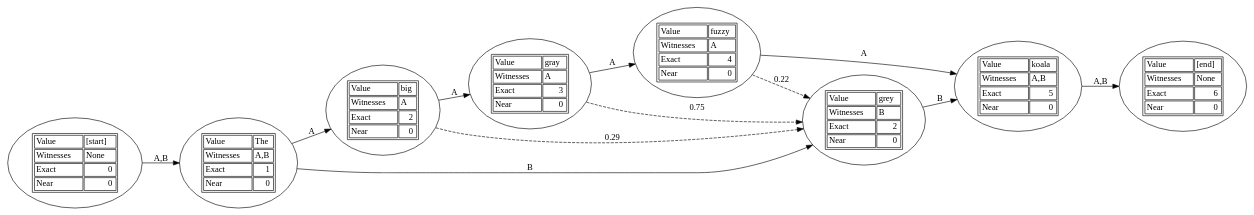
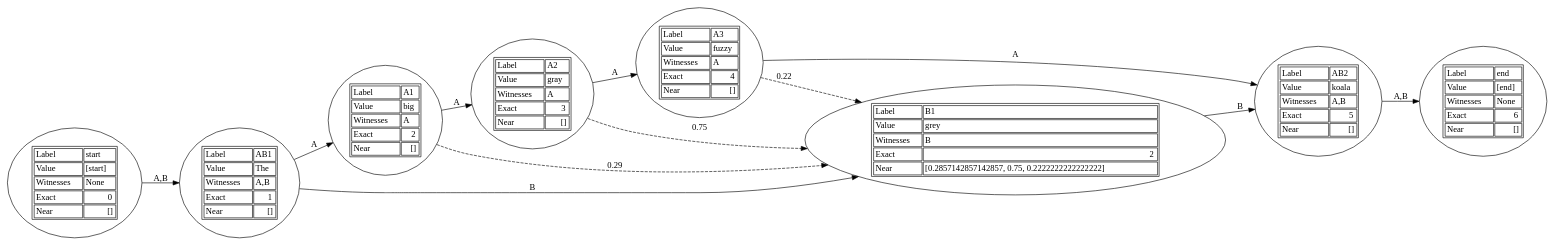
The diagram in near_matching/Digraph.gv (djbpitt/pystuff), drawn with Graphviz before and after one commit. The commit also changed 2 other files, not shown here.

Commit message:
Closing in on calculating near-match adjusted ranking

```diff
--- a/near_matching/Digraph.gv
+++ b/near_matching/Digraph.gv
@@ -1,22 +1,22 @@
 digraph {
 	graph [rankdir=LR]
-		1 [label=<<TABLE><TR><TD ALIGN="left">Value </TD><TD ALIGN="left">big</TD></TR><TR><TD ALIGN="left">Witnesses</TD><TD ALIGN="left">A</TD></TR><TR><TD ALIGN="left">Exact</TD><TD ALIGN="right">2</TD></TR><TR><TD ALIGN="left">Near</TD><TD ALIGN="right">0</TD></TR></TABLE>>]
-		2 [label=<<TABLE><TR><TD ALIGN="left">Value </TD><TD ALIGN="left">grey</TD></TR><TR><TD ALIGN="left">Witnesses</TD><TD ALIGN="left">B</TD></TR><TR><TD ALIGN="left">Exact</TD><TD ALIGN="right">2</TD></TR><TR><TD ALIGN="left">Near</TD><TD ALIGN="right">0</TD></TR></TABLE>>]
-		3 [label=<<TABLE><TR><TD ALIGN="left">Value </TD><TD ALIGN="left">[end]</TD></TR><TR><TD ALIGN="left">Witnesses</TD><TD ALIGN="left">None</TD></TR><TR><TD ALIGN="left">Exact</TD><TD ALIGN="right">6</TD></TR><TR><TD ALIGN="left">Near</TD><TD ALIGN="right">0</TD></TR></TABLE>>]
-		4 [label=<<TABLE><TR><TD ALIGN="left">Value </TD><TD ALIGN="left">fuzzy</TD></TR><TR><TD ALIGN="left">Witnesses</TD><TD ALIGN="left">A</TD></TR><TR><TD ALIGN="left">Exact</TD><TD ALIGN="right">4</TD></TR><TR><TD ALIGN="left">Near</TD><TD ALIGN="right">0</TD></TR></TABLE>>]
-		5 [label=<<TABLE><TR><TD ALIGN="left">Value </TD><TD ALIGN="left">The</TD></TR><TR><TD ALIGN="left">Witnesses</TD><TD ALIGN="left">A,B</TD></TR><TR><TD ALIGN="left">Exact</TD><TD ALIGN="right">1</TD></TR><TR><TD ALIGN="left">Near</TD><TD ALIGN="right">0</TD></TR></TABLE>>]
-		6 [label=<<TABLE><TR><TD ALIGN="left">Value </TD><TD ALIGN="left">[start]</TD></TR><TR><TD ALIGN="left">Witnesses</TD><TD ALIGN="left">None</TD></TR><TR><TD ALIGN="left">Exact</TD><TD ALIGN="right">0</TD></TR><TR><TD ALIGN="left">Near</TD><TD ALIGN="right">0</TD></TR></TABLE>>]
-		7 [label=<<TABLE><TR><TD ALIGN="left">Value </TD><TD ALIGN="left">gray</TD></TR><TR><TD ALIGN="left">Witnesses</TD><TD ALIGN="left">A</TD></TR><TR><TD ALIGN="left">Exact</TD><TD ALIGN="right">3</TD></TR><TR><TD ALIGN="left">Near</TD><TD ALIGN="right">0</TD></TR></TABLE>>]
-		8 [label=<<TABLE><TR><TD ALIGN="left">Value </TD><TD ALIGN="left">koala</TD></TR><TR><TD ALIGN="left">Witnesses</TD><TD ALIGN="left">A,B</TD></TR><TR><TD ALIGN="left">Exact</TD><TD ALIGN="right">5</TD></TR><TR><TD ALIGN="left">Near</TD><TD ALIGN="right">0</TD></TR></TABLE>>]
+		1 [label=<<TABLE><TR><TD ALIGN="left">Label</TD><TD ALIGN="left">A1</TD></TR><TR><TD ALIGN="left">Value </TD><TD ALIGN="left">big</TD></TR><TR><TD ALIGN="left">Witnesses</TD><TD ALIGN="left">A</TD></TR><TR><TD ALIGN="left">Exact</TD><TD ALIGN="right">2</TD></TR><TR><TD ALIGN="left">Near</TD><TD ALIGN="right">[]</TD></TR></TABLE>>]
+		2 [label=<<TABLE><TR><TD ALIGN="left">Label</TD><TD ALIGN="left">B1</TD></TR><TR><TD ALIGN="left">Value </TD><TD ALIGN="left">grey</TD></TR><TR><TD ALIGN="left">Witnesses</TD><TD ALIGN="left">B</TD></TR><TR><TD ALIGN="left">Exact</TD><TD ALIGN="right">2</TD></TR><TR><TD ALIGN="left">Near</TD><TD ALIGN="right">[0.2857142857142857, 0.75, 0.2222222222222222]</TD></TR></TABLE>>]
+		3 [label=<<TABLE><TR><TD ALIGN="left">Label</TD><TD ALIGN="left">end</TD></TR><TR><TD ALIGN="left">Value </TD><TD ALIGN="left">[end]</TD></TR><TR><TD ALIGN="left">Witnesses</TD><TD ALIGN="left">None</TD></TR><TR><TD ALIGN="left">Exact</TD><TD ALIGN="right">6</TD></TR><TR><TD ALIGN="left">Near</TD><TD ALIGN="right">[]</TD></TR></TABLE>>]
+		4 [label=<<TABLE><TR><TD ALIGN="left">Label</TD><TD ALIGN="left">A3</TD></TR><TR><TD ALIGN="left">Value </TD><TD ALIGN="left">fuzzy</TD></TR><TR><TD ALIGN="left">Witnesses</TD><TD ALIGN="left">A</TD></TR><TR><TD ALIGN="left">Exact</TD><TD ALIGN="right">4</TD></TR><TR><TD ALIGN="left">Near</TD><TD ALIGN="right">[]</TD></TR></TABLE>>]
+		5 [label=<<TABLE><TR><TD ALIGN="left">Label</TD><TD ALIGN="left">AB1</TD></TR><TR><TD ALIGN="left">Value </TD><TD ALIGN="left">The</TD></TR><TR><TD ALIGN="left">Witnesses</TD><TD ALIGN="left">A,B</TD></TR><TR><TD ALIGN="left">Exact</TD><TD ALIGN="right">1</TD></TR><TR><TD ALIGN="left">Near</TD><TD ALIGN="right">[]</TD></TR></TABLE>>]
+		6 [label=<<TABLE><TR><TD ALIGN="left">Label</TD><TD ALIGN="left">start</TD></TR><TR><TD ALIGN="left">Value </TD><TD ALIGN="left">[start]</TD></TR><TR><TD ALIGN="left">Witnesses</TD><TD ALIGN="left">None</TD></TR><TR><TD ALIGN="left">Exact</TD><TD ALIGN="right">0</TD></TR><TR><TD ALIGN="left">Near</TD><TD ALIGN="right">[]</TD></TR></TABLE>>]
+		7 [label=<<TABLE><TR><TD ALIGN="left">Label</TD><TD ALIGN="left">A2</TD></TR><TR><TD ALIGN="left">Value </TD><TD ALIGN="left">gray</TD></TR><TR><TD ALIGN="left">Witnesses</TD><TD ALIGN="left">A</TD></TR><TR><TD ALIGN="left">Exact</TD><TD ALIGN="right">3</TD></TR><TR><TD ALIGN="left">Near</TD><TD ALIGN="right">[]</TD></TR></TABLE>>]
+		8 [label=<<TABLE><TR><TD ALIGN="left">Label</TD><TD ALIGN="left">AB2</TD></TR><TR><TD ALIGN="left">Value </TD><TD ALIGN="left">koala</TD></TR><TR><TD ALIGN="left">Witnesses</TD><TD ALIGN="left">A,B</TD></TR><TR><TD ALIGN="left">Exact</TD><TD ALIGN="right">5</TD></TR><TR><TD ALIGN="left">Near</TD><TD ALIGN="right">[]</TD></TR></TABLE>>]
 			1 -> 7 [label=A style=solid]
 			1 -> 2 [label=0.29 style=dashed]
 			2 -> 8 [label=B style=solid]
 			4 -> 8 [label=A style=solid]
 			4 -> 2 [label=0.22 style=dashed]
 			5 -> 1 [label=A style=solid]
 			5 -> 2 [label=B style=solid]
 			6 -> 5 [label="A,B" style=solid]
 			7 -> 2 [label=0.75 style=dashed]
 			7 -> 4 [label=A style=solid]
 			8 -> 3 [label="A,B" style=solid]
 }
```
